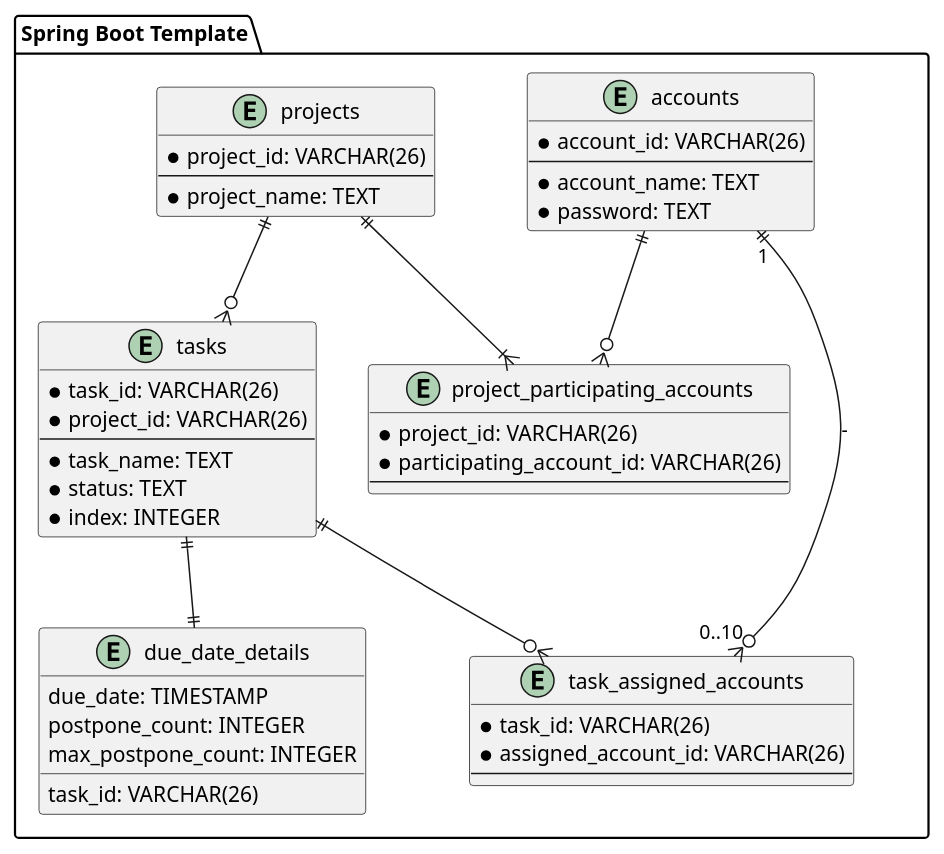
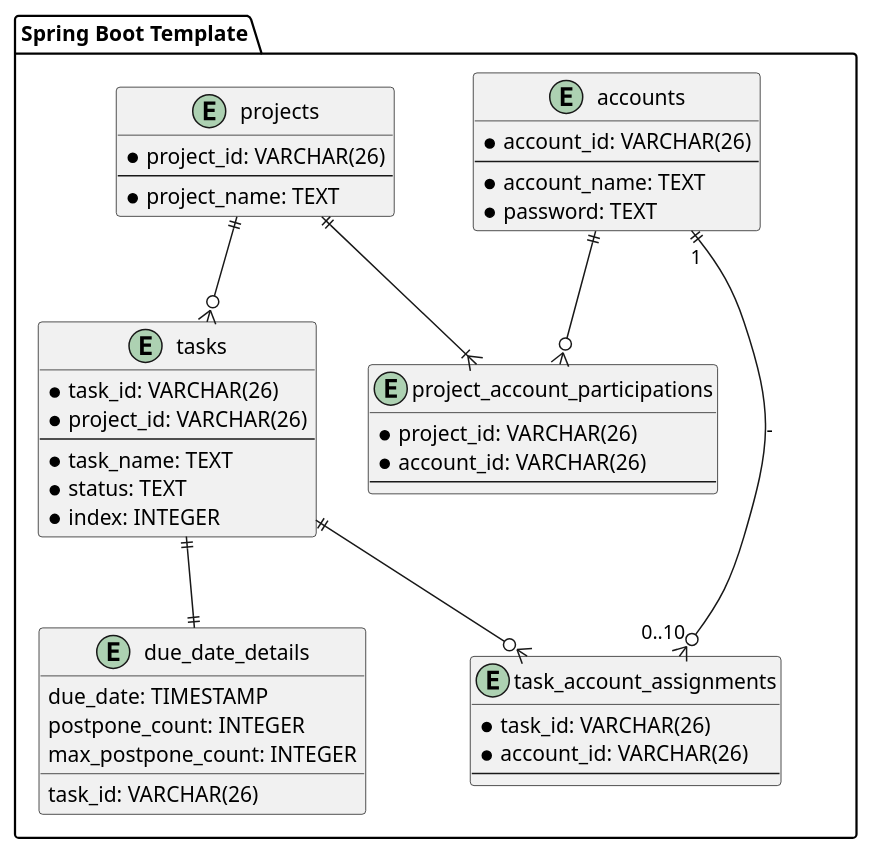
One commit to ORIKAMIxNEP/playground changed the diagram in uml/entity-relationship.puml. Above: the diagram before and after it, drawn with PlantUML.

```diff
--- a/uml/entity-relationship.puml
+++ b/uml/entity-relationship.puml
@@ -1,54 +1,54 @@
 @startuml
 package "Spring Boot Template" {
   entity accounts {
     * account_id: VARCHAR(26)
     --
     * account_name: TEXT
     * password: TEXT
   }
 
   entity projects {
     * project_id: VARCHAR(26)
     --
     * project_name: TEXT
   }
 
-  entity project_participating_accounts {
+  entity project_account_participations {
     * project_id: VARCHAR(26)
-    * participating_account_id: VARCHAR(26)
+    * account_id: VARCHAR(26)
     --
   }
 
-  accounts ||--o{ project_participating_accounts
-  projects ||--|{ project_participating_accounts
+  accounts ||--o{ project_account_participations
+  projects ||--|{ project_account_participations
 
   entity tasks {
     * task_id: VARCHAR(26)
     * project_id: VARCHAR(26)
     --
     * task_name: TEXT
     * status: TEXT
     * index: INTEGER
   }
 
   projects ||--o{ tasks
 
-  entity task_assigned_accounts {
+  entity task_account_assignments {
     * task_id: VARCHAR(26)
-    * assigned_account_id: VARCHAR(26)
+    * account_id: VARCHAR(26)
     --
   }
 
-  accounts ||--o{ task_assigned_accounts: "1" - "0..10"
-  tasks ||--o{ task_assigned_accounts
+  accounts ||--o{ task_account_assignments: "1" - "0..10"
+  tasks ||--o{ task_account_assignments
 
   entity due_date_details {
     task_id: VARCHAR(26)
     due_date: TIMESTAMP
     postpone_count: INTEGER
     max_postpone_count: INTEGER
   }
 
   tasks ||--|| due_date_details
 }
 @enduml
```
